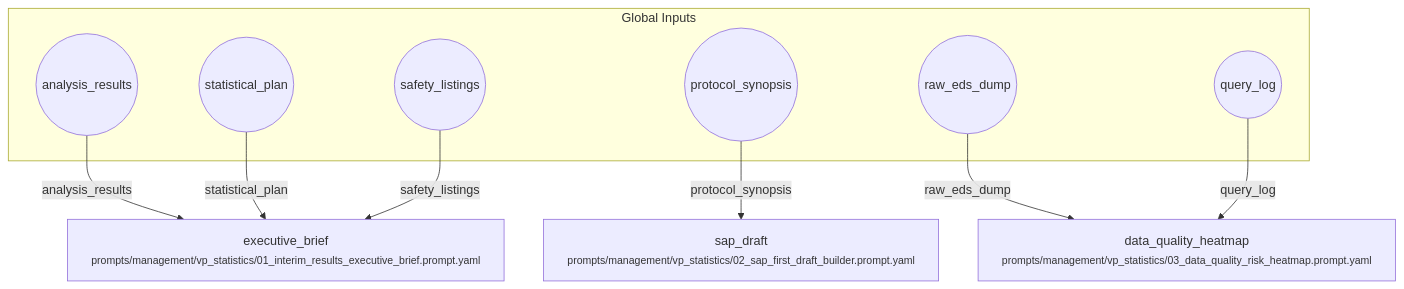
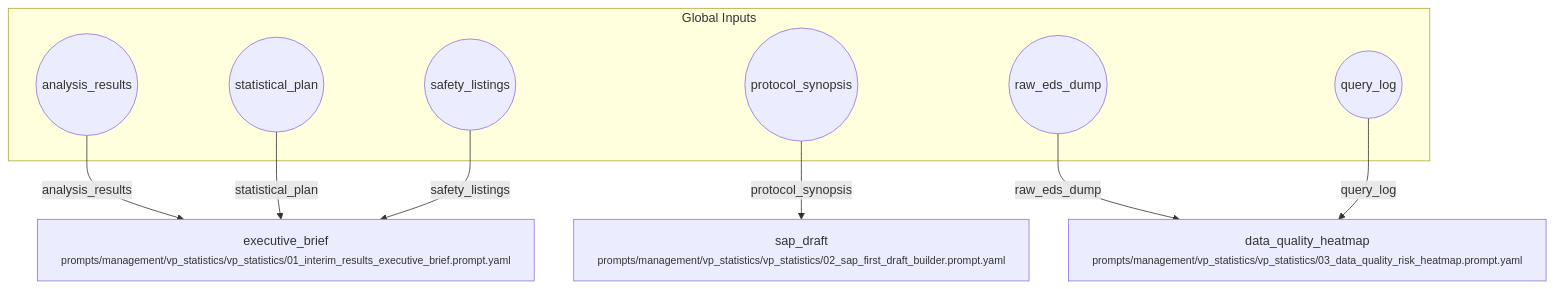
One commit to fderuiter/proompts changed the diagram in workflows/management/vp_statistics.workflow.md. Above: the diagram before and after it, drawn with Mermaid. The commit also changed 31 other files, not shown here.

````diff
--- a/workflows/management/vp_statistics.workflow.md
+++ b/workflows/management/vp_statistics.workflow.md
@@ -7,20 +7,20 @@
 ```mermaid
 flowchart TD
     subgraph Inputs [Global Inputs]
         inp_analysis_results((analysis_results))
         inp_statistical_plan((statistical_plan))
         inp_safety_listings((safety_listings))
         inp_protocol_synopsis((protocol_synopsis))
         inp_raw_eds_dump((raw_eds_dump))
         inp_query_log((query_log))
     end
-    executive_brief["executive_brief<br/><small>prompts/management/vp_statistics/01_interim_results_executive_brief.prompt.yaml</small>"]
-    sap_draft["sap_draft<br/><small>prompts/management/vp_statistics/02_sap_first_draft_builder.prompt.yaml</small>"]
-    data_quality_heatmap["data_quality_heatmap<br/><small>prompts/management/vp_statistics/03_data_quality_risk_heatmap.prompt.yaml</small>"]
+    executive_brief["executive_brief<br/><small>prompts/management/vp_statistics/vp_statistics/01_interim_results_executive_brief.prompt.yaml</small>"]
+    sap_draft["sap_draft<br/><small>prompts/management/vp_statistics/vp_statistics/02_sap_first_draft_builder.prompt.yaml</small>"]
+    data_quality_heatmap["data_quality_heatmap<br/><small>prompts/management/vp_statistics/vp_statistics/03_data_quality_risk_heatmap.prompt.yaml</small>"]
     inp_analysis_results -->|analysis_results| executive_brief
     inp_statistical_plan -->|statistical_plan| executive_brief
     inp_safety_listings -->|safety_listings| executive_brief
     inp_protocol_synopsis -->|protocol_synopsis| sap_draft
     inp_raw_eds_dump -->|raw_eds_dump| data_quality_heatmap
     inp_query_log -->|query_log| data_quality_heatmap
 ```
````
